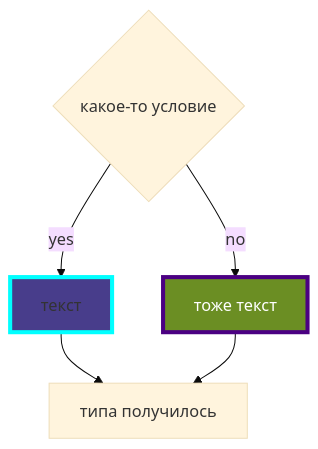
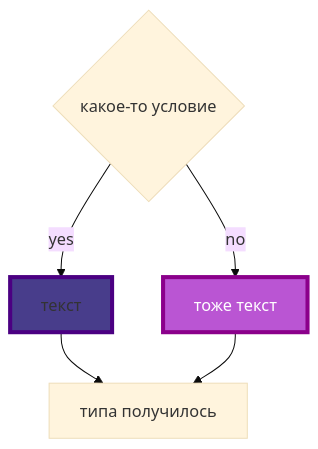
Before and after one commit to SofiiaBobr5565/Mermaid_syntax_hints_for_md: the sixth of 7 diagrams in README.md, drawn with Mermaid (base theme).

````diff
--- a/README.md
+++ b/README.md
@@ -63,8 +63,8 @@
 ```mermaid
 flowchart TB
-style i1 fill:#483D8B,stroke:#00FFFF,stroke-width:4px
-style i2 fill:#6B8E23,stroke:#4B0082,stroke-width:4px,color:#FFFFFF
+style i1 fill:#483D8B,stroke:#4B0082,stroke-width:4px
+style i2 fill:#BA55D3,stroke:#8B008B,stroke-width:4px,color:#FFFFFF
 b{какое-то условие}
 b--> |yes|i1["текст"]--> i3["типа получилось"]
 b--> |no|i2["тоже текст"]--> i3
 ```
````
